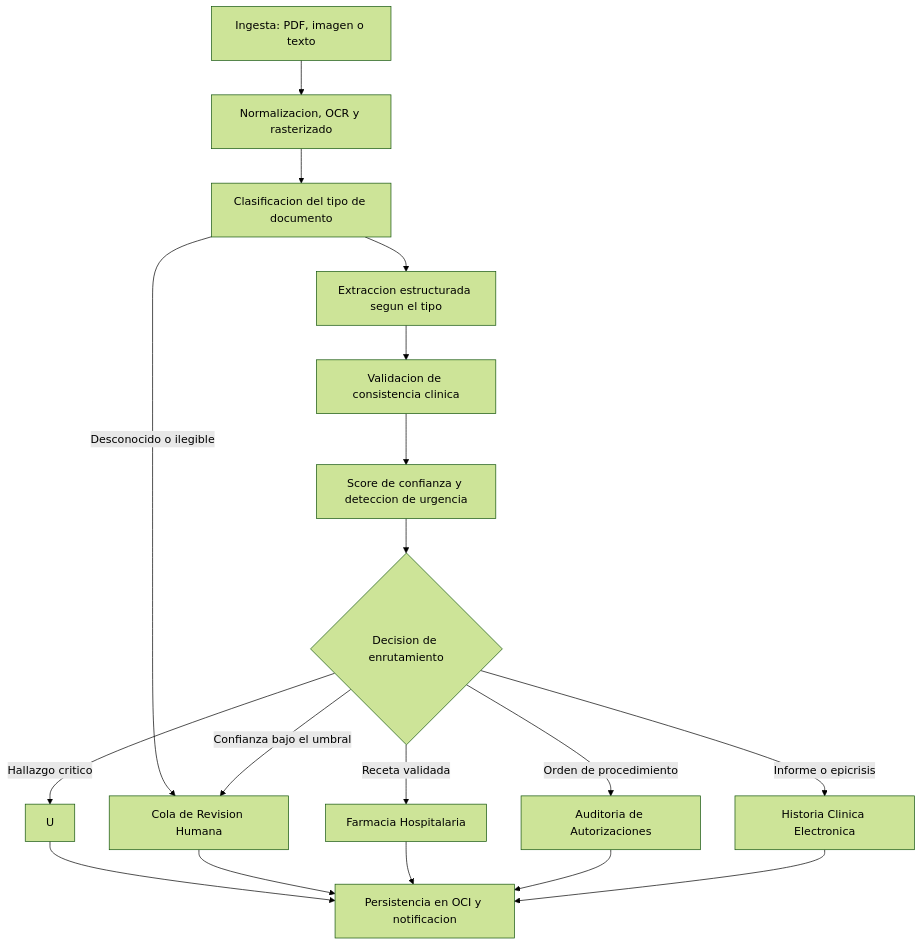
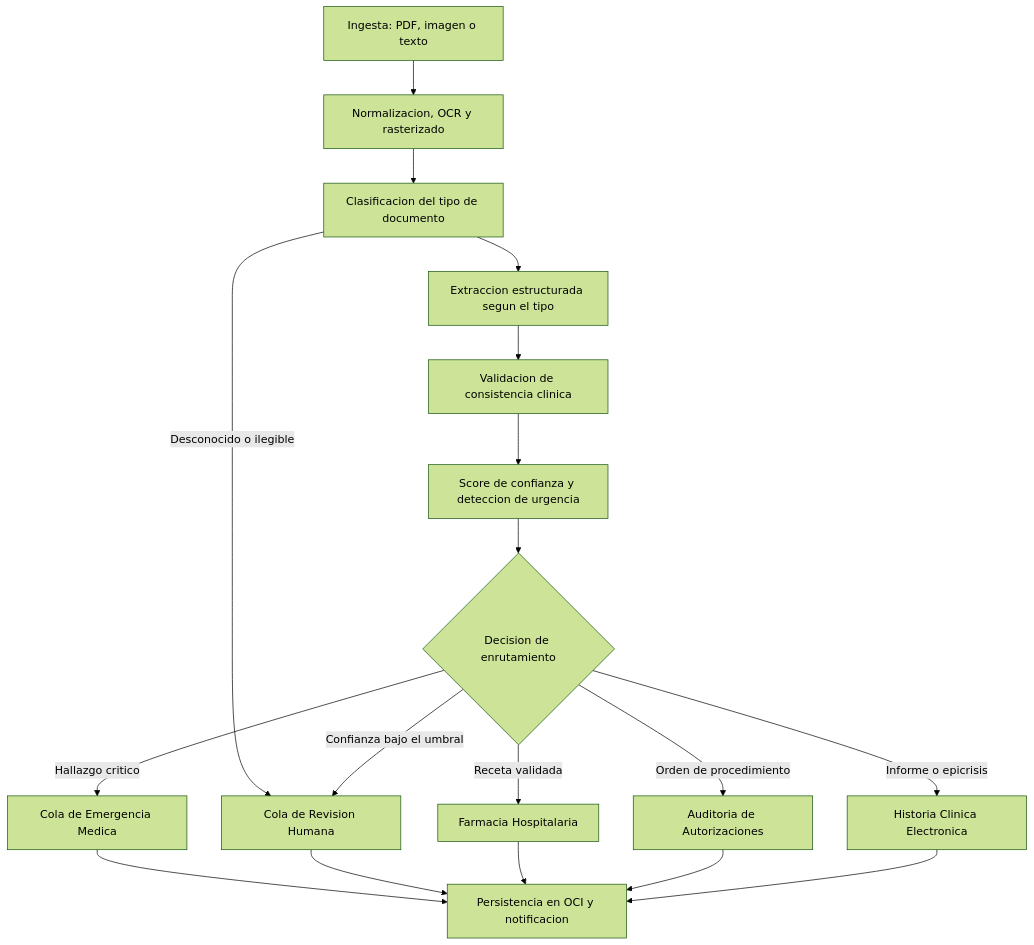
One commit to No-Country-simulation/G10-LATAM-EQUIPO-46-MediFlow changed the diagram in README.md. Above: the diagram before and after it, drawn with Mermaid (forest theme). The commit also changed 1 other file, not shown here.

Commit message:
fix: el nodo de emergencia habia perdido su etiqueta en el grafo
Al reapuntar la arista de 'desconocido' se fue con ella la etiqueta del nodo
U, que Mermaid toma de su primera aparicion. Se renderizaba como 'U'.

````diff
--- a/README.md
+++ b/README.md
@@ -35,20 +35,20 @@
 ```mermaid
 flowchart TD
   A["Ingesta: PDF, imagen o texto"] --> B["Normalizacion, OCR y rasterizado"]
   B --> C["Clasificacion del tipo de documento"]
   C -->|"Desconocido o ilegible"| H["Cola de Revision Humana"]
   C --> D["Extraccion estructurada segun el tipo"]
   D --> E["Validacion de consistencia clinica"]
   E --> F["Score de confianza y deteccion de urgencia"]
   F --> G{"Decision de enrutamiento"}
-  G -->|"Hallazgo critico"| U
-  G -->|"Confianza bajo el umbral"| H["Cola de Revision Humana"]
+  G -->|"Hallazgo critico"| U["Cola de Emergencia Medica"]
+  G -->|"Confianza bajo el umbral"| H
   G -->|"Receta validada"| FA["Farmacia Hospitalaria"]
   G -->|"Orden de procedimiento"| AU["Auditoria de Autorizaciones"]
   G -->|"Informe o epicrisis"| HC["Historia Clinica Electronica"]
   U --> P["Persistencia en OCI y notificacion"]
   H --> P
   FA --> P
   AU --> P
   HC --> P
 ```
````
